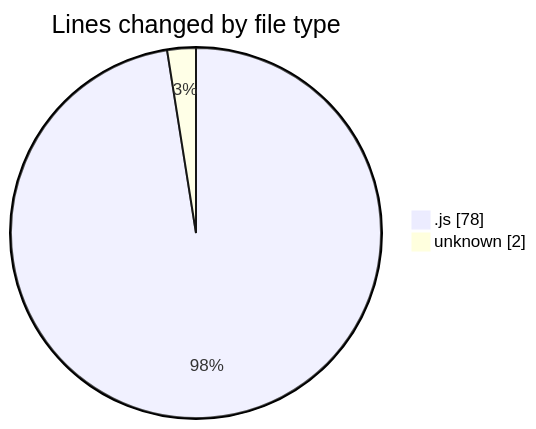
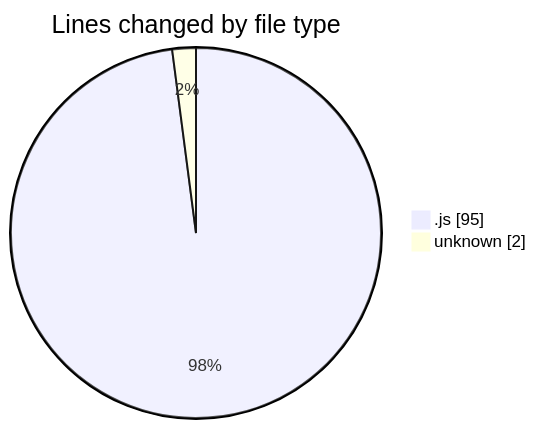
Before and after one commit to nxtqubesakshisongat/code-tracking: the first of 2 diagrams in 2025-05-17/javacript/README.md, drawn with Mermaid. The commit also changed other lines of this file and 1 other file, not shown here.

````diff
--- a/2025-05-17/javacript/README.md
+++ b/2025-05-17/javacript/README.md
@@ -21,6 +21,6 @@
 ```mermaid
 pie showData
 title Lines changed by file type
-".js" : 78
+".js" : 95
 "unknown" : 2
 ```
````
